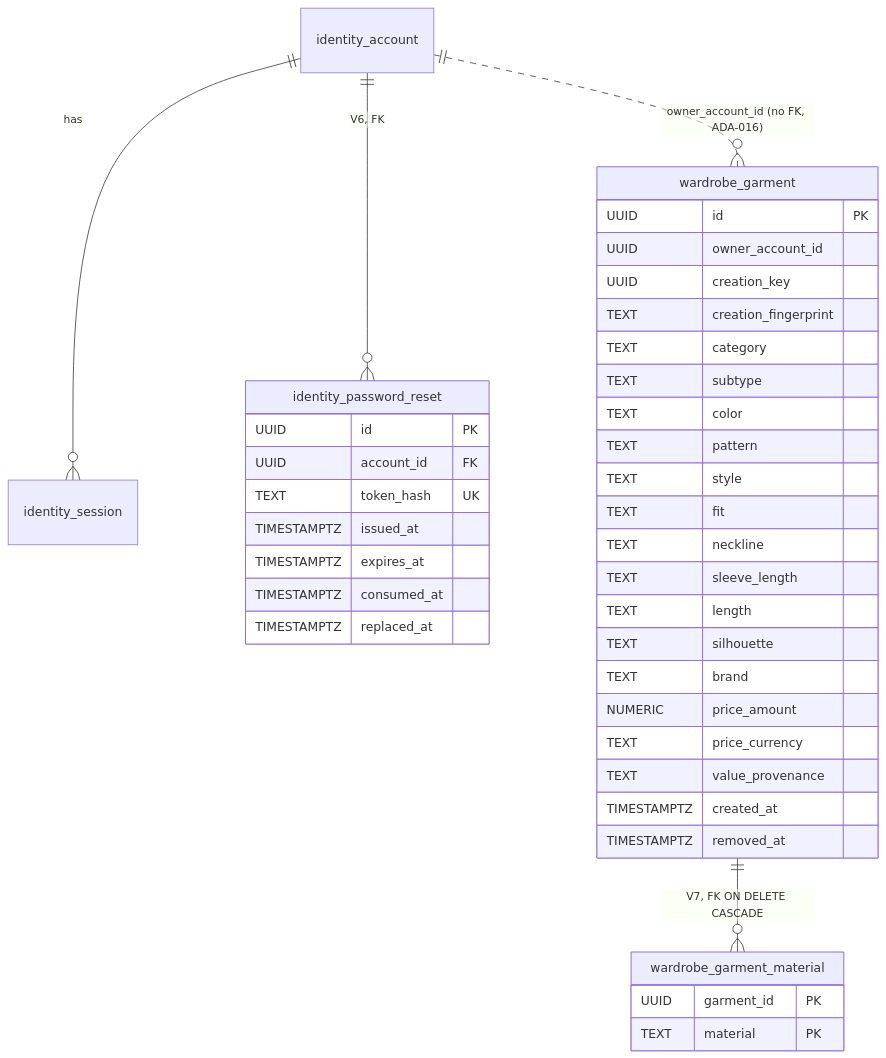
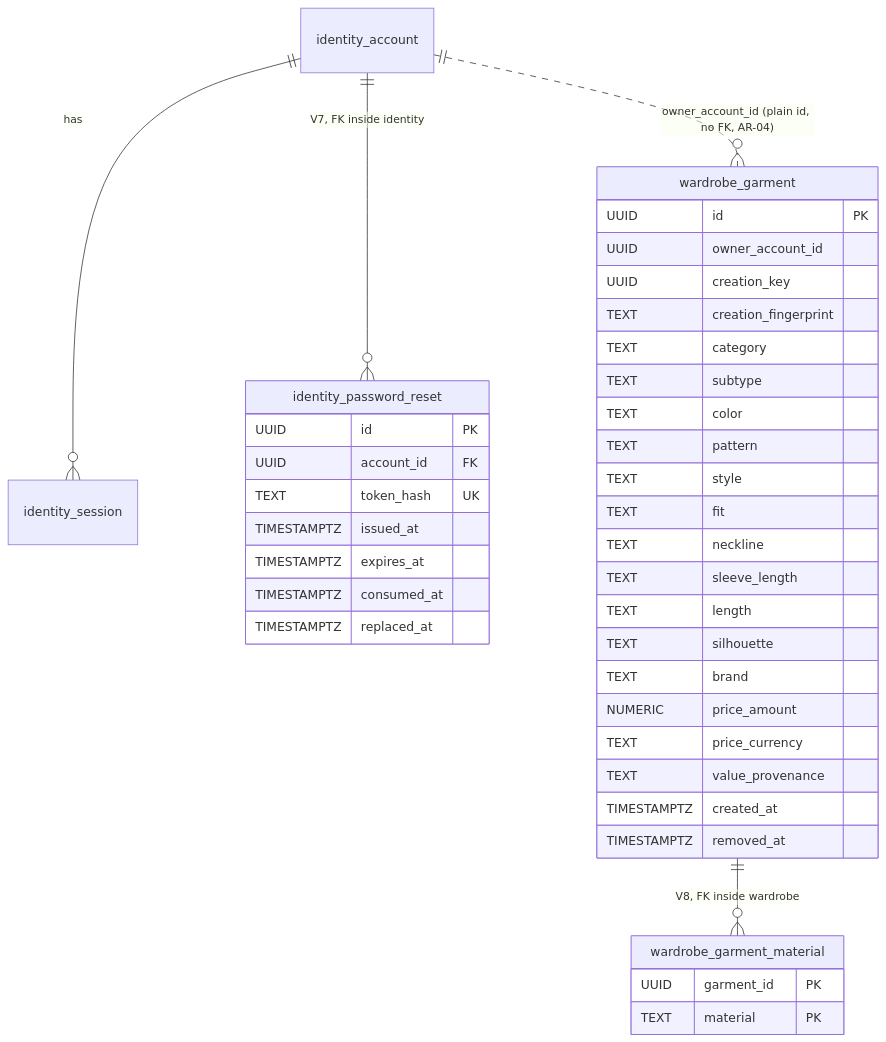
The fifth of 6 diagrams in docs/06-scrum/sprints/sprint-02/implementation-guides/shared-architecture.md (luubinhdeptrai/CapsuleAI), drawn with Mermaid before and after one commit. The commit also changed other lines of this file and 51 other files, not shown here.

Commit message:
add schema per context boundary rule

````diff
--- a/docs/06-scrum/sprints/sprint-02/implementation-guides/shared-architecture.md
+++ b/docs/06-scrum/sprints/sprint-02/implementation-guides/shared-architecture.md
@@ -240,42 +247,42 @@
 ```mermaid
 erDiagram
     identity_account ||--o{ identity_session : "has"
-    identity_account ||--o{ identity_password_reset : "V6, FK"
-    identity_account ||..o{ wardrobe_garment : "owner_account_id (no FK, ADA-016)"
-    wardrobe_garment ||--o{ wardrobe_garment_material : "V7, FK ON DELETE CASCADE"
+    identity_account ||--o{ identity_password_reset : "V7, FK inside identity"
+    identity_account ||..o{ wardrobe_garment : "owner_account_id (plain id, no FK, AR-04)"
+    wardrobe_garment ||--o{ wardrobe_garment_material : "V8, FK inside wardrobe"
     identity_password_reset {
         UUID id PK
         UUID account_id FK
         TEXT token_hash UK
         TIMESTAMPTZ issued_at
         TIMESTAMPTZ expires_at
         TIMESTAMPTZ consumed_at
         TIMESTAMPTZ replaced_at
     }
     wardrobe_garment {
         UUID id PK
         UUID owner_account_id
         UUID creation_key
         TEXT creation_fingerprint
         TEXT category
         TEXT subtype
         TEXT color
         TEXT pattern
         TEXT style
         TEXT fit
         TEXT neckline
         TEXT sleeve_length
         TEXT length
         TEXT silhouette
         TEXT brand
         NUMERIC price_amount
         TEXT price_currency
         TEXT value_provenance
         TIMESTAMPTZ created_at
         TIMESTAMPTZ removed_at
     }
     wardrobe_garment_material {
         UUID garment_id PK
         TEXT material PK
     }
 ```
````
